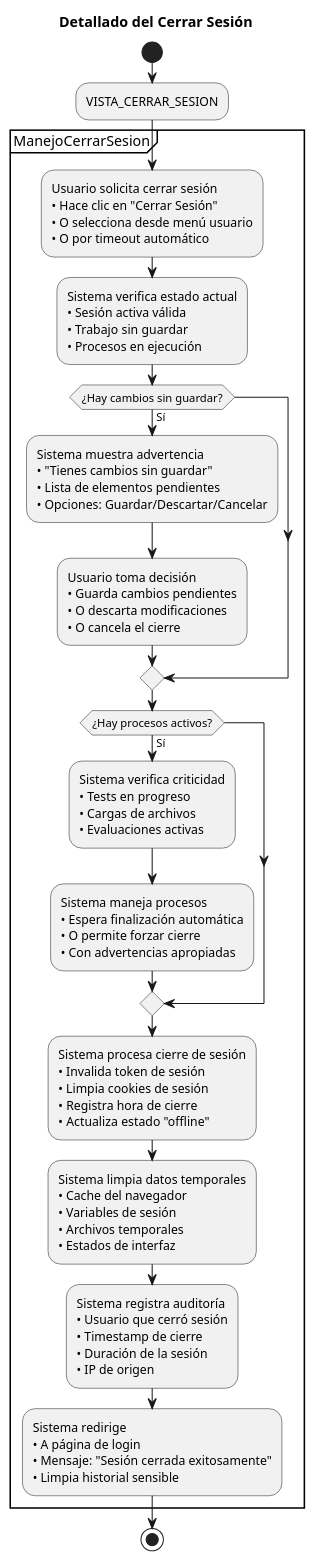
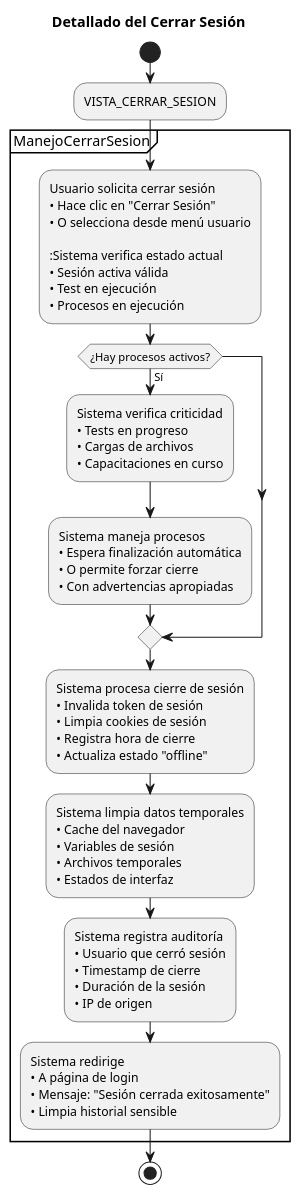
Before and after one commit to Dievex/24-25-IdSw1-SDR: the diagram in casos_de_uso/diagramas_casos_de_uso_detallados/cerrar_sesion.puml, drawn with PlantUML. The commit also changed 1 other file, not shown here.

Commit message:
Edicion de diagramas

```diff
--- a/casos_de_uso/diagramas_casos_de_uso_detallados/cerrar_sesion.puml
+++ b/casos_de_uso/diagramas_casos_de_uso_detallados/cerrar_sesion.puml
@@ -1,72 +1,59 @@
 @startuml
 title Detallado del Cerrar Sesión
 
 start
 
 :VISTA_CERRAR_SESION;
 
 partition ManejoCerrarSesion {
   
   :Usuario solicita cerrar sesión
   • Hace clic en "Cerrar Sesión"
   • O selecciona desde menú usuario
-  • O por timeout automático;
-  
+
   :Sistema verifica estado actual
   • Sesión activa válida
-  • Trabajo sin guardar
+  • Test en ejecución
   • Procesos en ejecución;
   
-  if (¿Hay cambios sin guardar?) then (Sí)
-    :Sistema muestra advertencia
-    • "Tienes cambios sin guardar"
-    • Lista de elementos pendientes
-    • Opciones: Guardar/Descartar/Cancelar;
-    
-    :Usuario toma decisión
-    • Guarda cambios pendientes
-    • O descarta modificaciones
-    • O cancela el cierre;
-    
-  endif
   
   if (¿Hay procesos activos?) then (Sí)
     :Sistema verifica criticidad
     • Tests en progreso
     • Cargas de archivos
-    • Evaluaciones activas;
+    • Capacitaciones en curso;
     
     :Sistema maneja procesos
     • Espera finalización automática
     • O permite forzar cierre
     • Con advertencias apropiadas;
     
   endif
   
   :Sistema procesa cierre de sesión
   • Invalida token de sesión
   • Limpia cookies de sesión
   • Registra hora de cierre
   • Actualiza estado "offline";
   
   :Sistema limpia datos temporales
   • Cache del navegador
   • Variables de sesión
   • Archivos temporales
   • Estados de interfaz;
   
   :Sistema registra auditoría
   • Usuario que cerró sesión
   • Timestamp de cierre
   • Duración de la sesión
   • IP de origen;
   
   :Sistema redirige
   • A página de login
   • Mensaje: "Sesión cerrada exitosamente"
   • Limpia historial sensible;
   
 }
 
 stop
 @enduml
```
